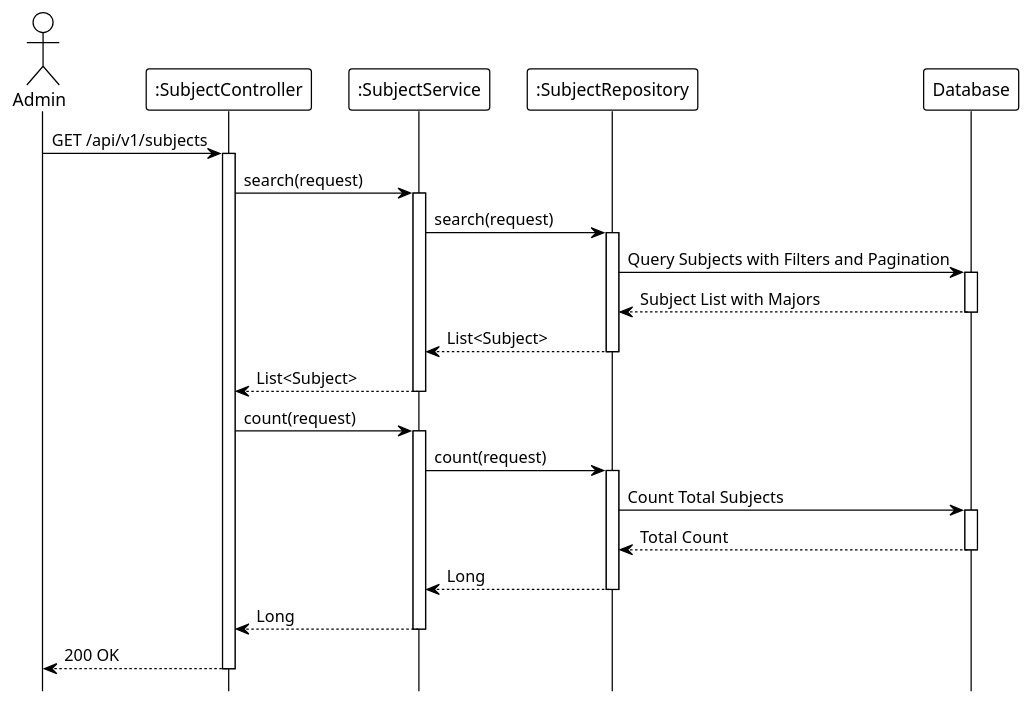
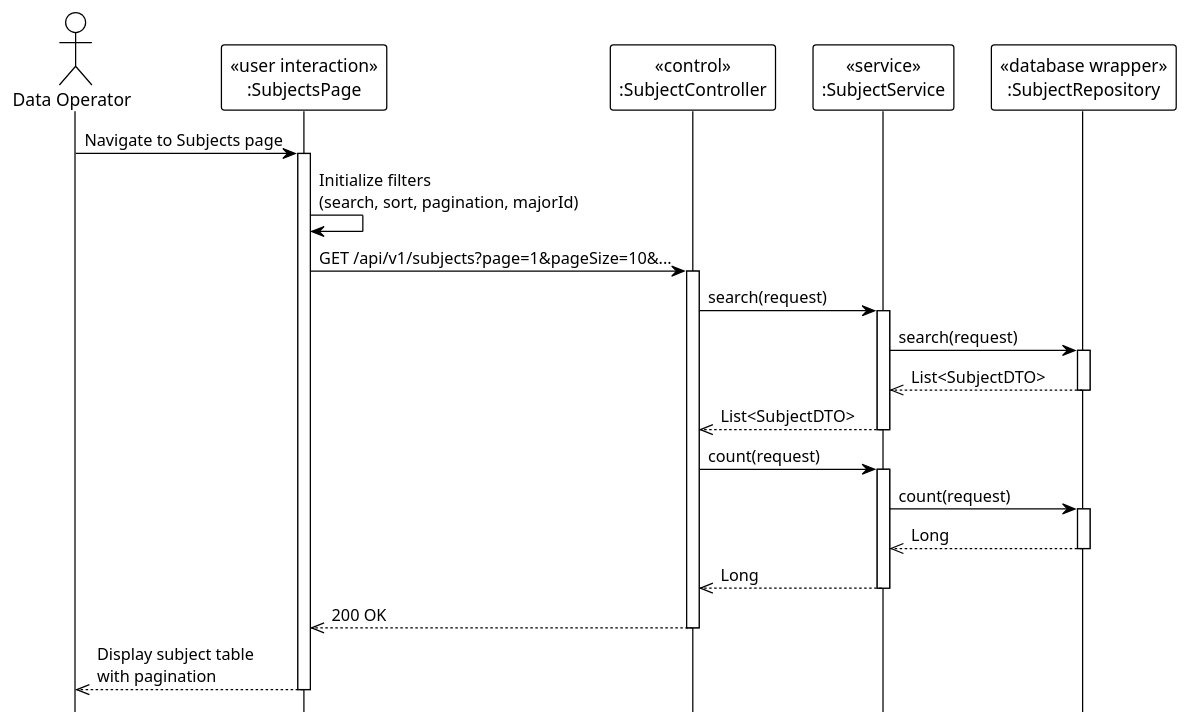
The diagram in system_detailed_design/17_view_list_subject/sequence_diagram_view_list_subject.puml (Ndh474/context), drawn with PlantUML before and after one commit. The commit also changed 5 other files, not shown here.

Commit message:
docs(system_detailed_design): add UML stereotypes to subject sequence diagrams

```diff
--- a/system_detailed_design/17_view_list_subject/sequence_diagram_view_list_subject.puml
+++ b/system_detailed_design/17_view_list_subject/sequence_diagram_view_list_subject.puml
@@ -1,56 +1,49 @@
 @startuml view_list_subject
 !theme plain
 hide footbox
 
-actor Admin
-participant ":SubjectController" as Controller
-participant ":SubjectService" as Service
-participant ":SubjectRepository" as Repository
-participant "Database" as DB
+actor "Data Operator" as DataOperator
 
-' --- MAIN FLOW ---
-Admin -> Controller: GET /api/v1/subjects
+participant "«user interaction»\n:SubjectsPage" as UI
+participant "«control»\n:SubjectController" as Controller
+participant "«service»\n:SubjectService" as Service
+participant "«database wrapper»\n:SubjectRepository" as Repository
+
+' === MAIN FLOW ===
+DataOperator -> UI: Navigate to Subjects page
+activate UI
+
+UI -> UI: Initialize filters\n(search, sort, pagination, majorId)
+
+UI -> Controller: GET /api/v1/subjects?page=1&pageSize=10&...
 activate Controller
 
 Controller -> Service: search(request)
 activate Service
 
-' --- SEARCH QUERY ---
 Service -> Repository: search(request)
 activate Repository
-
-Repository -> DB: Query Subjects with Filters and Pagination
-activate DB
-DB --> Repository: Subject List with Majors
-deactivate DB
-
-Repository --> Service: List<Subject>
+Repository -->> Service: List<SubjectDTO>
 deactivate Repository
 
-Service --> Controller: List<Subject>
+Service -->> Controller: List<SubjectDTO>
 deactivate Service
 
-' --- COUNT QUERY ---
 Controller -> Service: count(request)
 activate Service
 
 Service -> Repository: count(request)
 activate Repository
-
-Repository -> DB: Count Total Subjects
-activate DB
-DB --> Repository: Total Count
-deactivate DB
-
-Repository --> Service: Long
+Repository -->> Service: Long
 deactivate Repository
 
-Service --> Controller: Long
+Service -->> Controller: Long
 deactivate Service
 
-' Build paging response (internal)
-
-Controller --> Admin: 200 OK
+Controller -->> UI: 200 OK
 deactivate Controller
 
+UI -->> DataOperator: Display subject table\nwith pagination
+deactivate UI
+
 @enduml
```
